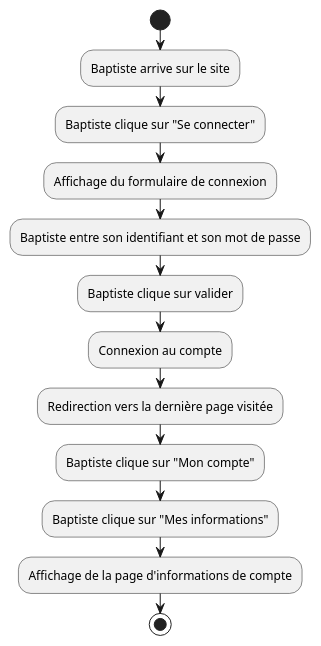
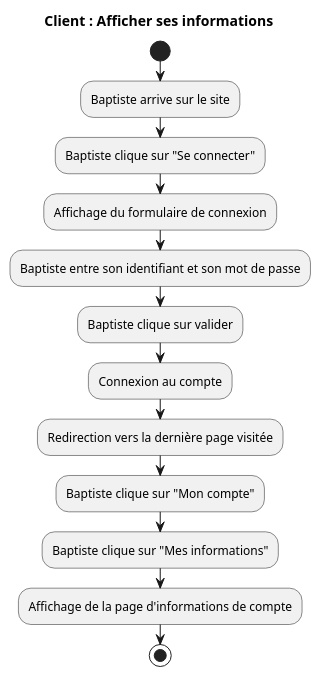
The diagram in diagrams/client_display_my_informations.puml (Gumpah/project_6), drawn with PlantUML before and after one commit. The commit also changed 25 other files, not shown here.

Commit message:
Adding title to diagrams

```diff
--- a/diagrams/client_display_my_informations.puml
+++ b/diagrams/client_display_my_informations.puml
@@ -1,19 +1,21 @@
 @startuml
 'https://plantuml.com/activity-diagram-beta
+
+title Client : Afficher ses informations
 
 start
 
 :Baptiste arrive sur le site;
 :Baptiste clique sur "Se connecter";
 :Affichage du formulaire de connexion;
 :Baptiste entre son identifiant et son mot de passe;
 :Baptiste clique sur valider;
 :Connexion au compte;
 :Redirection vers la dernière page visitée;
 :Baptiste clique sur "Mon compte";
 :Baptiste clique sur "Mes informations";
 :Affichage de la page d'informations de compte;
 
 stop
 
 @enduml
```
